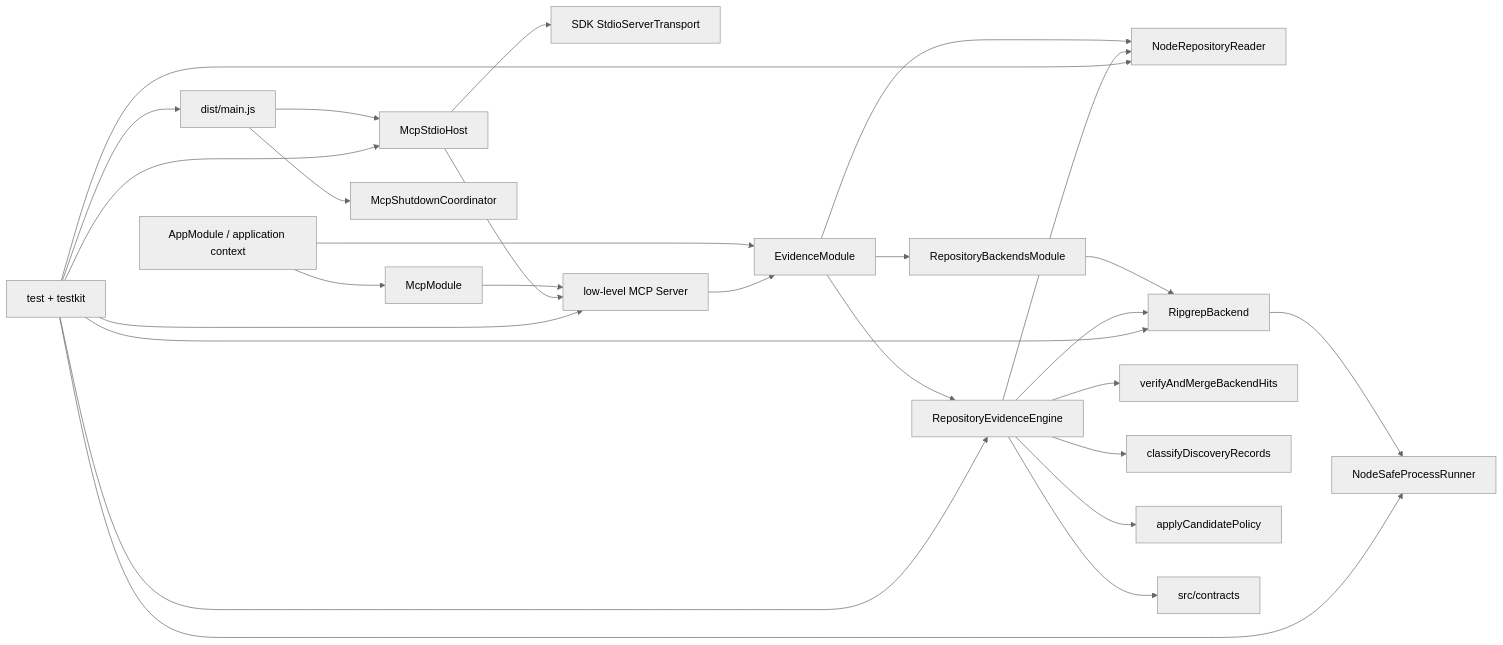
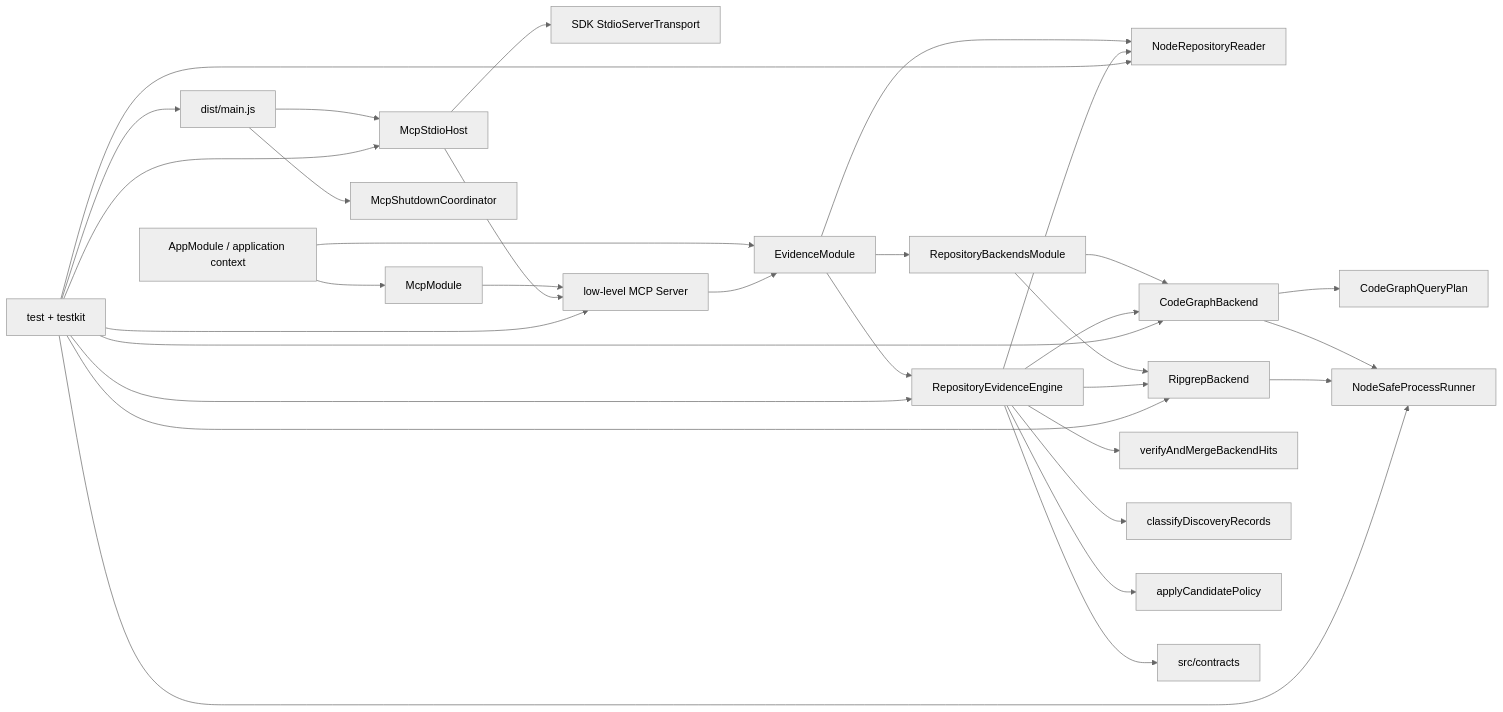
Before and after one commit to gchigoo/repo-nav: the diagram in .codestable/architecture/system-repo-nav-foundation.md, drawn with Mermaid (neutral theme). The commit also changed other lines of this file and 57 other files, not shown here.

````diff
--- a/.codestable/architecture/system-repo-nav-foundation.md
+++ b/.codestable/architecture/system-repo-nav-foundation.md
@@ -36,29 +39,34 @@
 ```mermaid
 flowchart LR
   App["AppModule / application context"] --> Evidence["EvidenceModule"]
   App --> Mcp["McpModule"]
   Entry["dist/main.js"] --> Host["McpStdioHost"]
   Entry --> Shutdown["McpShutdownCoordinator"]
   Host --> Transport["SDK StdioServerTransport"]
   Mcp --> Server["low-level MCP Server"]
   Host --> Server
   Server --> Evidence
   Evidence --> Engine["RepositoryEvidenceEngine"]
   Evidence --> Reader["NodeRepositoryReader"]
   Evidence --> Backends["RepositoryBackendsModule"]
+  Backends --> CodeGraph["CodeGraphBackend"]
   Backends --> Ripgrep["RipgrepBackend"]
+  CodeGraph --> Planner["CodeGraphQueryPlan"]
+  CodeGraph --> Process["NodeSafeProcessRunner"]
   Ripgrep --> Process["NodeSafeProcessRunner"]
+  Engine --> CodeGraph
   Engine --> Ripgrep
   Engine --> Reader
   Engine --> Merge["verifyAndMergeBackendHits"]
   Engine --> Classifier["classifyDiscoveryRecords"]
   Engine --> Candidate["applyCandidatePolicy"]
   Engine --> Contracts["src/contracts"]
   Tests["test + testkit"] --> Engine
+  Tests --> CodeGraph
   Tests --> Ripgrep
   Tests --> Reader
   Tests --> Process
   Tests --> Server
   Tests --> Host
   Tests --> Entry
 ```
````
